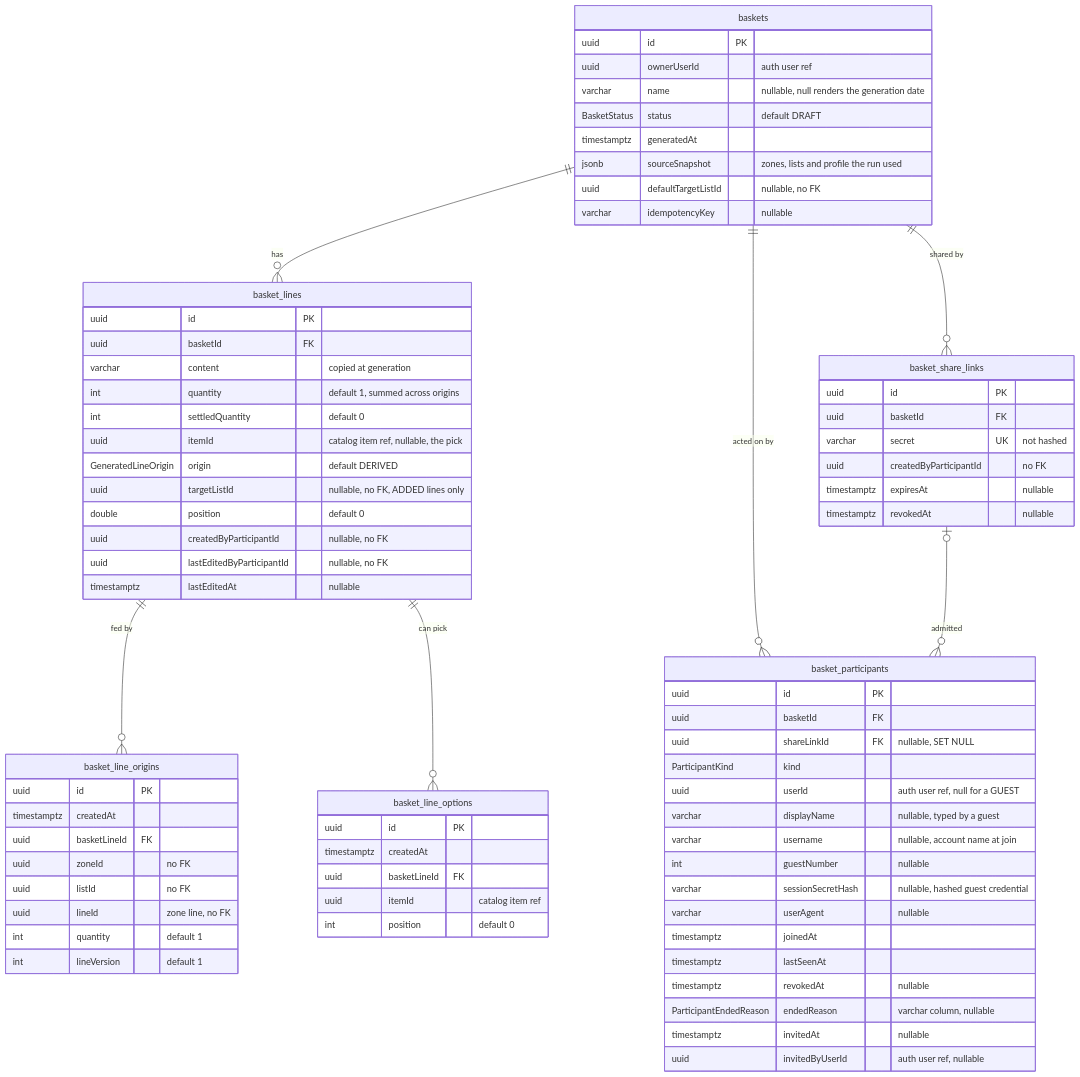
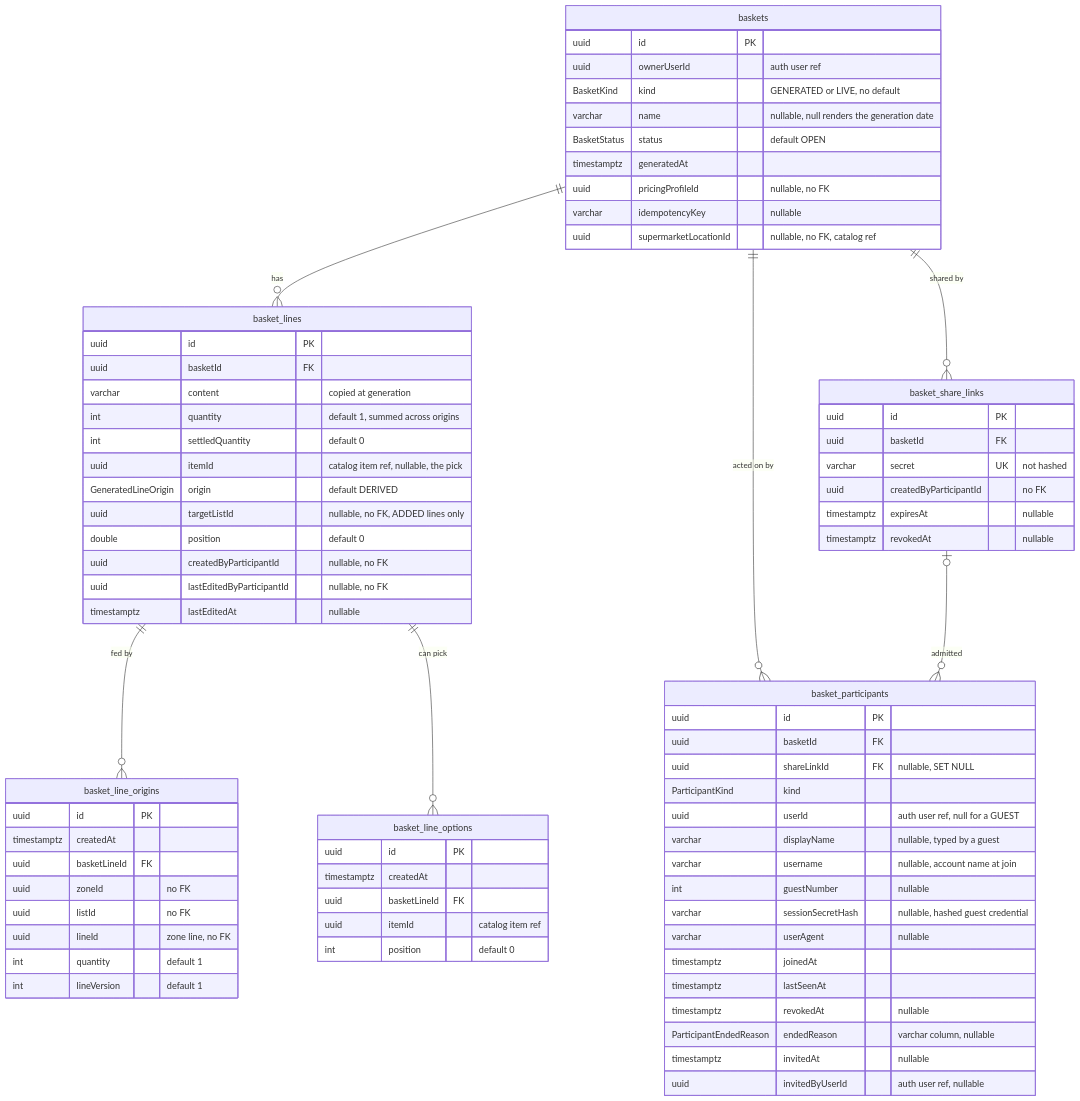
Before and after one commit to IchirokuXVI/nx-portfolio: the fourth of 6 diagrams in apps/luna-shopper-backend/core/docs/data-model.md, drawn with Mermaid. The commit also changed 45 other files, not shown here.

````diff
--- a/apps/luna-shopper-backend/core/docs/data-model.md
+++ b/apps/luna-shopper-backend/core/docs/data-model.md
@@ -232,77 +232,78 @@
 ```mermaid
 erDiagram
     baskets ||--o{ basket_lines : "has"
     basket_lines ||--o{ basket_line_origins : "fed by"
     basket_lines ||--o{ basket_line_options : "can pick"
     baskets ||--o{ basket_share_links : "shared by"
     baskets ||--o{ basket_participants : "acted on by"
     basket_share_links |o--o{ basket_participants : "admitted"
 
     baskets {
         uuid id PK
         uuid ownerUserId "auth user ref"
+        BasketKind kind "GENERATED or LIVE, no default"
         varchar name "nullable, null renders the generation date"
-        BasketStatus status "default DRAFT"
+        BasketStatus status "default OPEN"
         timestamptz generatedAt
-        jsonb sourceSnapshot "zones, lists and profile the run used"
-        uuid defaultTargetListId "nullable, no FK"
+        uuid pricingProfileId "nullable, no FK"
         varchar idempotencyKey "nullable"
+        uuid supermarketLocationId "nullable, no FK, catalog ref"
     }
     basket_lines {
         uuid id PK
         uuid basketId FK
         varchar content "copied at generation"
         int quantity "default 1, summed across origins"
         int settledQuantity "default 0"
         uuid itemId "catalog item ref, nullable, the pick"
         GeneratedLineOrigin origin "default DERIVED"
         uuid targetListId "nullable, no FK, ADDED lines only"
         double position "default 0"
         uuid createdByParticipantId "nullable, no FK"
         uuid lastEditedByParticipantId "nullable, no FK"
         timestamptz lastEditedAt "nullable"
     }
     basket_line_origins {
         uuid id PK
         timestamptz createdAt
         uuid basketLineId FK
         uuid zoneId "no FK"
         uuid listId "no FK"
         uuid lineId "zone line, no FK"
         int quantity "default 1"
         int lineVersion "default 1"
     }
     basket_line_options {
         uuid id PK
         timestamptz createdAt
         uuid basketLineId FK
         uuid itemId "catalog item ref"
         int position "default 0"
     }
     basket_share_links {
         uuid id PK
         uuid basketId FK
         varchar secret UK "not hashed"
         uuid createdByParticipantId "no FK"
         timestamptz expiresAt "nullable"
         timestamptz revokedAt "nullable"
     }
     basket_participants {
         uuid id PK
         uuid basketId FK
         uuid shareLinkId FK "nullable, SET NULL"
         ParticipantKind kind
         uuid userId "auth user ref, null for a GUEST"
         varchar displayName "nullable, typed by a guest"
         varchar username "nullable, account name at join"
         int guestNumber "nullable"
         varchar sessionSecretHash "nullable, hashed guest credential"
         varchar userAgent "nullable"
         timestamptz joinedAt
         timestamptz lastSeenAt
         timestamptz revokedAt "nullable"
         ParticipantEndedReason endedReason "varchar column, nullable"
         timestamptz invitedAt "nullable"
         uuid invitedByUserId "auth user ref, nullable"
     }
 ```
````
